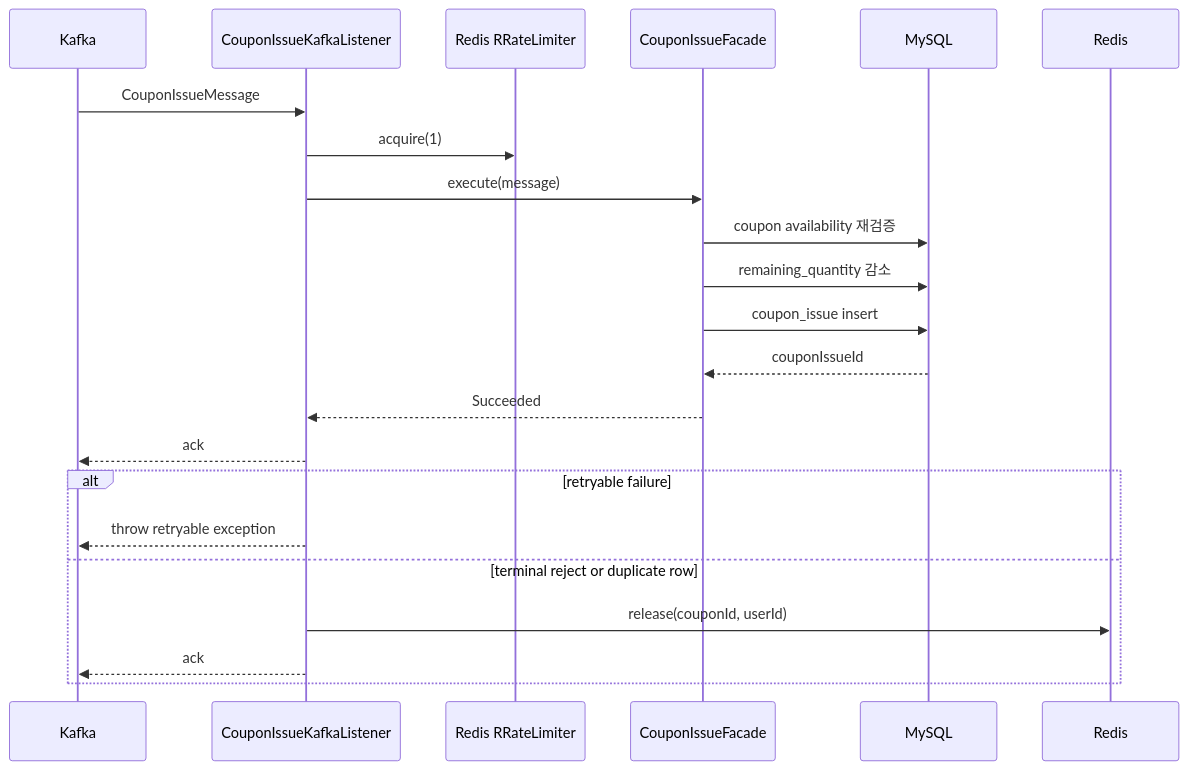
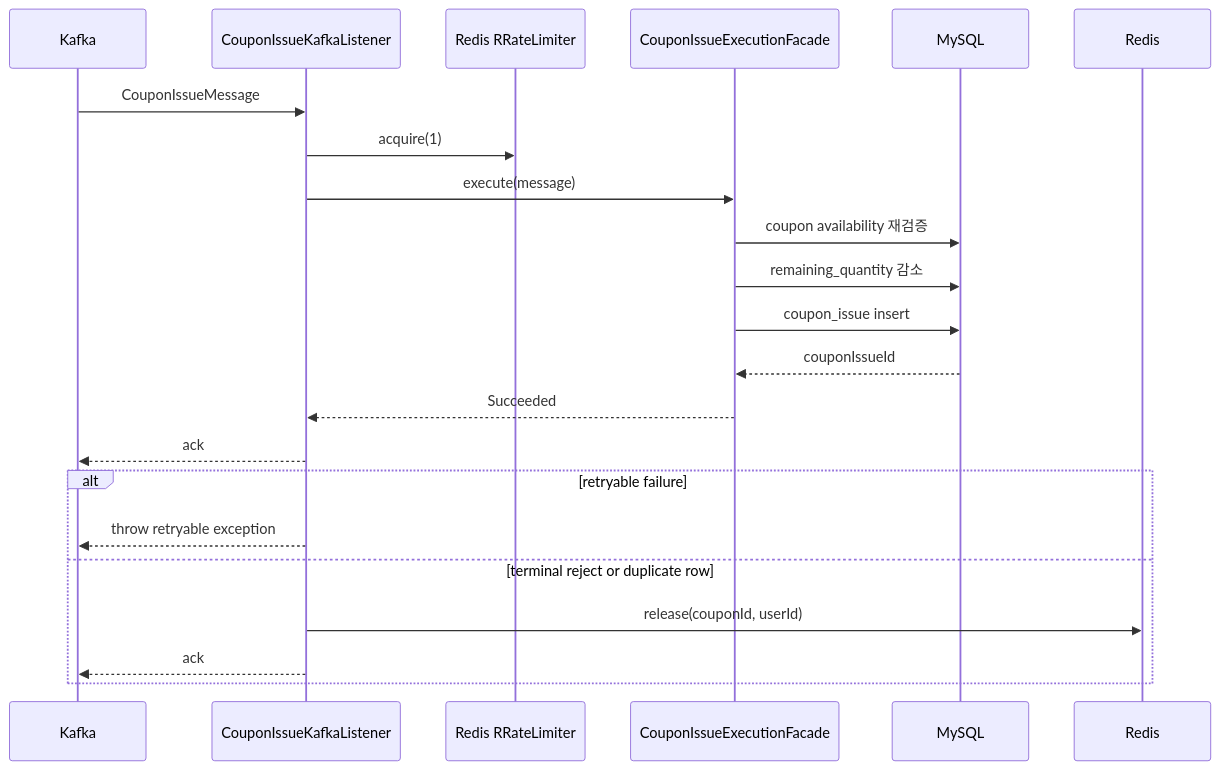
The third of 4 diagrams in coupon/coupon-worker/docs/coupon-kafka-runtime-guide.md (char-labs/coupon-system-design-kt), drawn with Mermaid before and after one commit. The commit also changed other lines of this file and 13 other files, not shown here.

````diff
--- a/coupon/coupon-worker/docs/coupon-kafka-runtime-guide.md
+++ b/coupon/coupon-worker/docs/coupon-kafka-runtime-guide.md
@@ -170,26 +170,26 @@
 ```mermaid
 sequenceDiagram
     participant Kafka
     participant Worker as CouponIssueKafkaListener
     participant Limit as Redis RRateLimiter
-    participant Facade as CouponIssueFacade
+    participant Facade as CouponIssueExecutionFacade
     participant DB as MySQL
     participant Redis
 
     Kafka->>Worker: CouponIssueMessage
     Worker->>Limit: acquire(1)
     Worker->>Facade: execute(message)
     Facade->>DB: coupon availability 재검증
     Facade->>DB: remaining_quantity 감소
     Facade->>DB: coupon_issue insert
     DB-->>Facade: couponIssueId
     Facade-->>Worker: Succeeded
     Worker-->>Kafka: ack
 
     alt retryable failure
         Worker-->>Kafka: throw retryable exception
     else terminal reject or duplicate row
         Worker->>Redis: release(couponId, userId)
         Worker-->>Kafka: ack
     end
 ```
````
